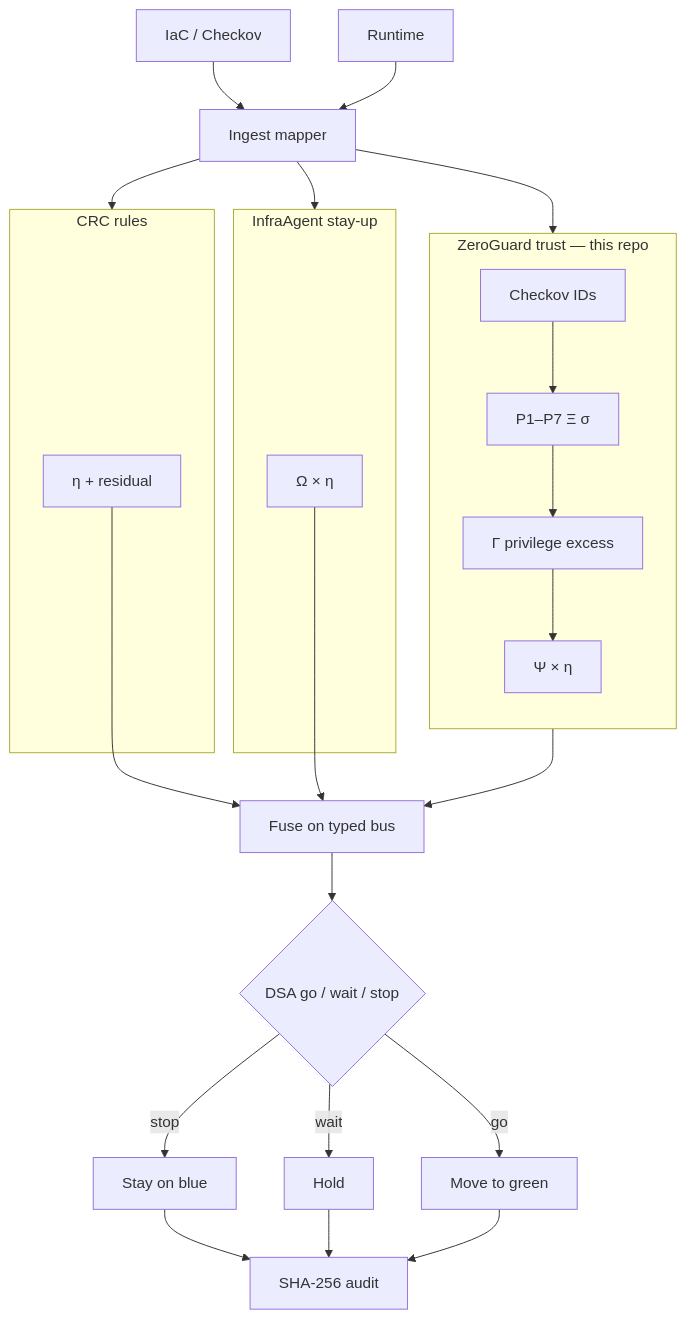
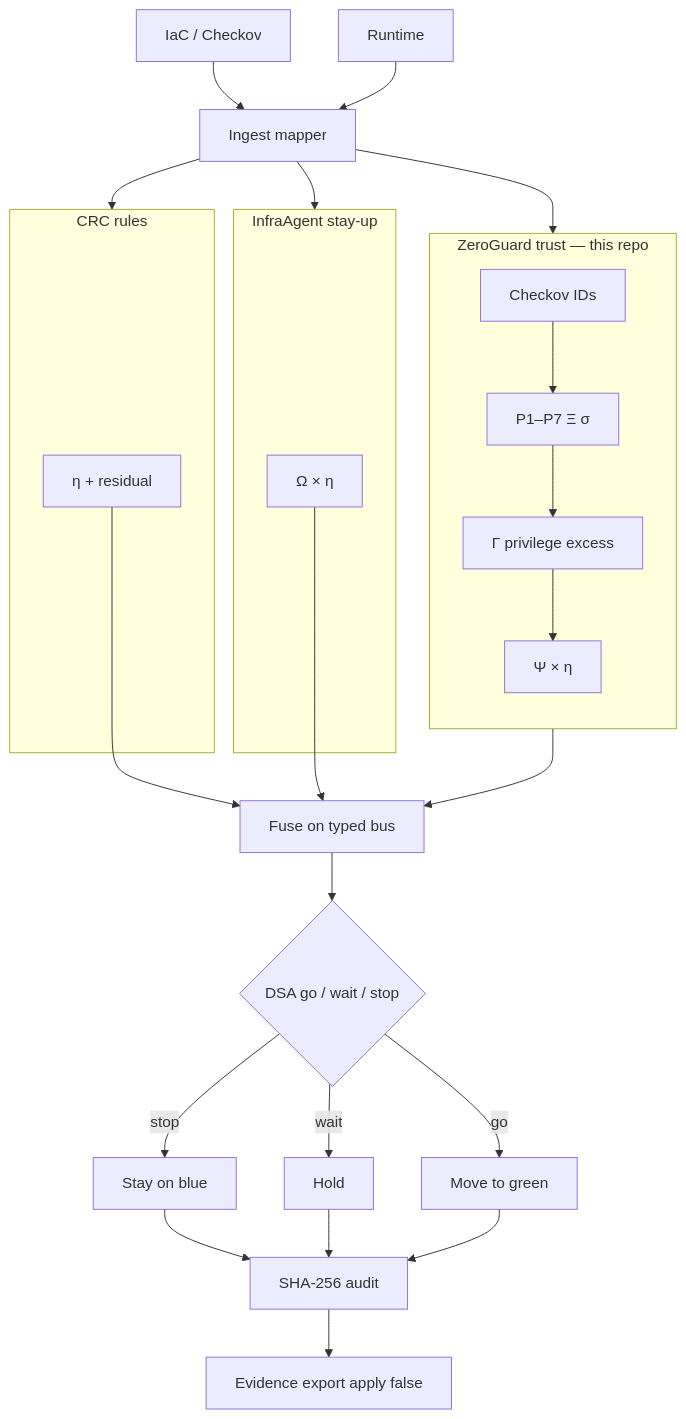
One commit to harishapuri/ZeroGuard changed the first of 3 diagrams in ARCHITECTURE.md. Above: the diagram before and after it, drawn with Mermaid. The commit also changed other lines of this file and 15 other files, not shown here.

Commit message:
Add corporate adapters, evidence export, and architecture diagrams for the trust plane.

````diff
--- a/ARCHITECTURE.md
+++ b/ARCHITECTURE.md
@@ -30,35 +31,36 @@
 ```mermaid
 flowchart TB
   IAC[IaC / Checkov] --> IN[Ingest mapper]
   TEL[Runtime] --> IN
 
   IN --> CRC
   IN --> ZG
   IN --> IA
 
   subgraph CRC[CRC rules]
     ETA["η + residual"]
   end
 
   subgraph ZG[ZeroGuard trust — this repo]
     direction TB
     CK[Checkov IDs] --> PILL["P1–P7 Ξ σ"]
     PILL --> GAM["Γ privilege excess"]
     GAM --> PSI["Ψ × η"]
   end
 
   subgraph IA[InfraAgent stay-up]
     OME["Ω × η"]
   end
 
   ETA --> BUS[Fuse on typed bus]
   PSI --> BUS
   OME --> BUS
   BUS --> DSA{DSA go / wait / stop}
   DSA -->|stop| BLUE[Stay on blue]
   DSA -->|wait| HOLD[Hold]
   DSA -->|go| GREEN[Move to green]
   BLUE --> AUD[SHA-256 audit]
   HOLD --> AUD
   GREEN --> AUD
+  AUD --> EV[Evidence export apply false]
 ```
````
